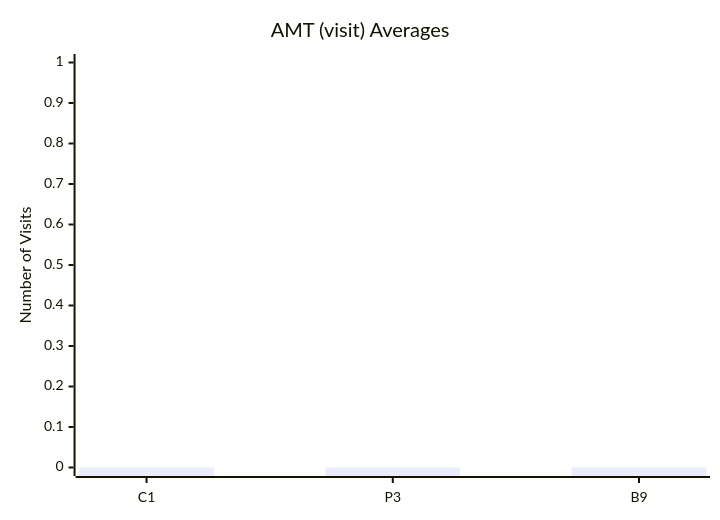
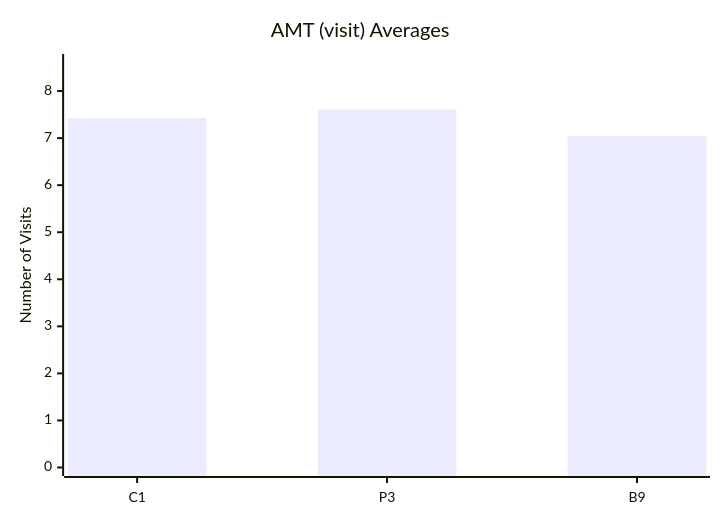
The tenth of 10 diagrams in test-tools/DataGen/src/Statistics_Visualizer.md (dhagan-va/intern-2025), drawn with Mermaid before and after one commit. The commit also changed other lines of this file and 2 other files, not shown here.

````diff
--- a/test-tools/DataGen/src/Statistics_Visualizer.md
+++ b/test-tools/DataGen/src/Statistics_Visualizer.md
@@ -106,7 +106,7 @@
 ```mermaid
 xychart-beta
     title "AMT (visit) Averages"
     x-axis ["C1", "P3", "B9"]
-    y-axis "Number of Visits" 0 --> 1.0
-    bar [0.0, 0.0, 0.0]
+    y-axis "Number of Visits" 0 --> 8.606965174129353
+    bar [7.4278606965174125, 7.606965174129353, 7.039800995024875]
 ```
````
